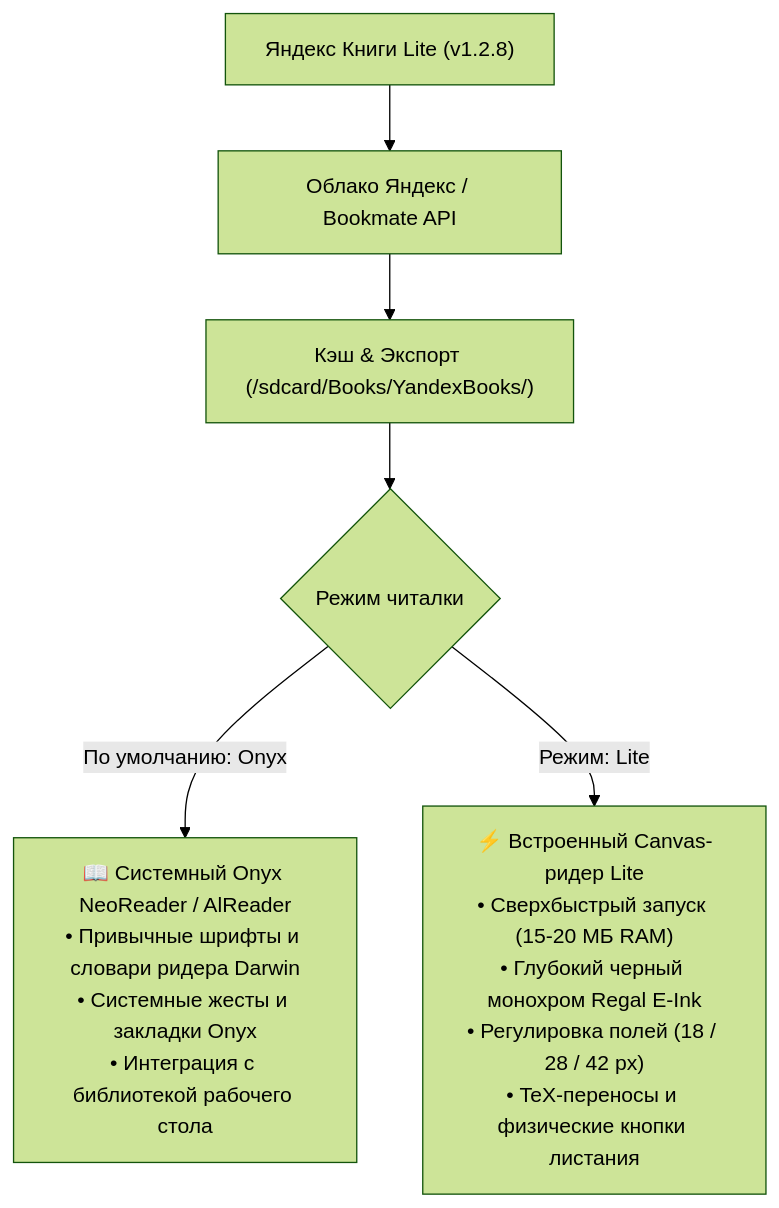
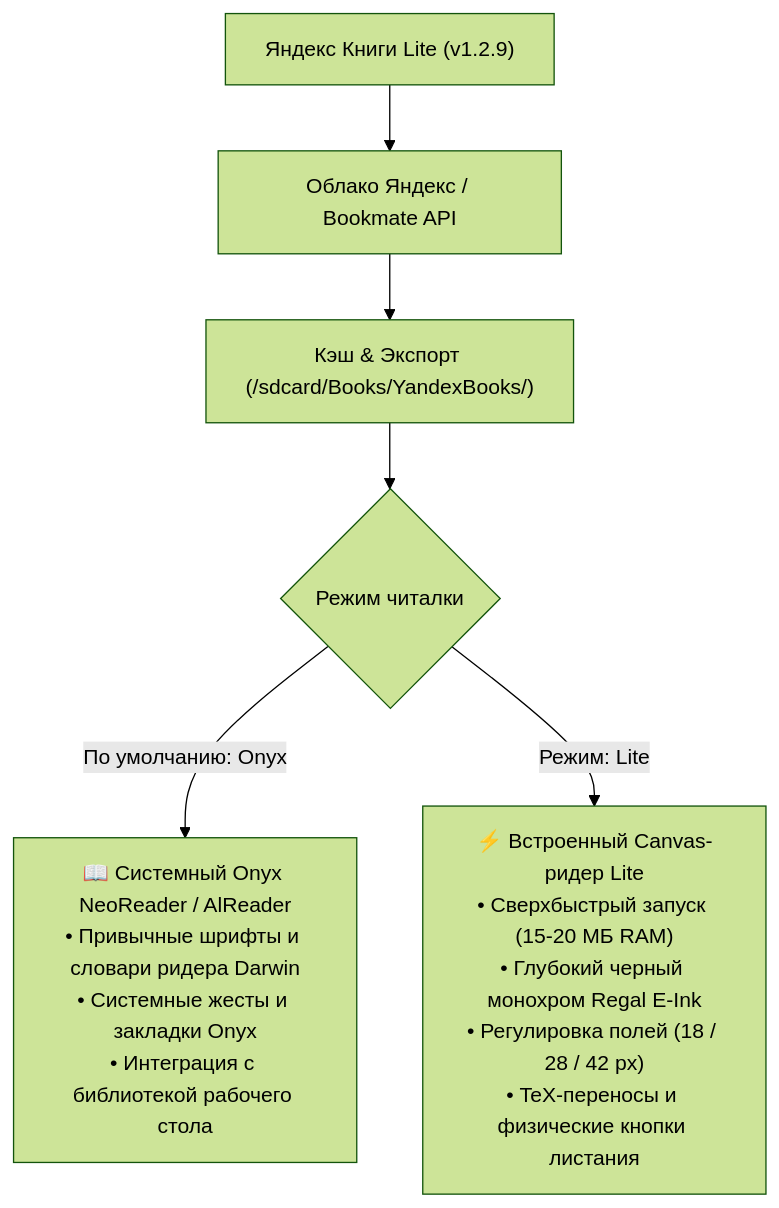
Before and after one commit to litvaerickson-spec/onyx-yandex-books: the diagram in README.md, drawn with Mermaid (forest theme). The commit also changed other lines of this file and 14 other files, not shown here.

````diff
--- a/README.md
+++ b/README.md
@@ -56,10 +57,10 @@
 ```mermaid
 flowchart TD
-    App["Яндекс Книги Lite (v1.2.8)"] --> Cloud["Облако Яндекс / Bookmate API"]
+    App["Яндекс Книги Lite (v1.2.9)"] --> Cloud["Облако Яндекс / Bookmate API"]
     Cloud --> Cache["Кэш & Экспорт (/sdcard/Books/YandexBooks/)"]
     Cache --> ModeSelect{"Режим читалки"}
     
     ModeSelect -->|По умолчанию: Onyx| OnyxReader["📖 Системный Onyx NeoReader / AlReader<br/>• Привычные шрифты и словари ридера Darwin<br/>• Системные жесты и закладки Onyx<br/>• Интеграция с библиотекой рабочего стола"]
     
     ModeSelect -->|Режим: Lite| LiteReader["⚡ Встроенный Canvas-ридер Lite<br/>• Сверхбыстрый запуск (15-20 МБ RAM)<br/>• Глубокий черный монохром Regal E-Ink<br/>• Регулировка полей (18 / 28 / 42 px)<br/>• TeX-переносы и физические кнопки листания"]
 ```
````
